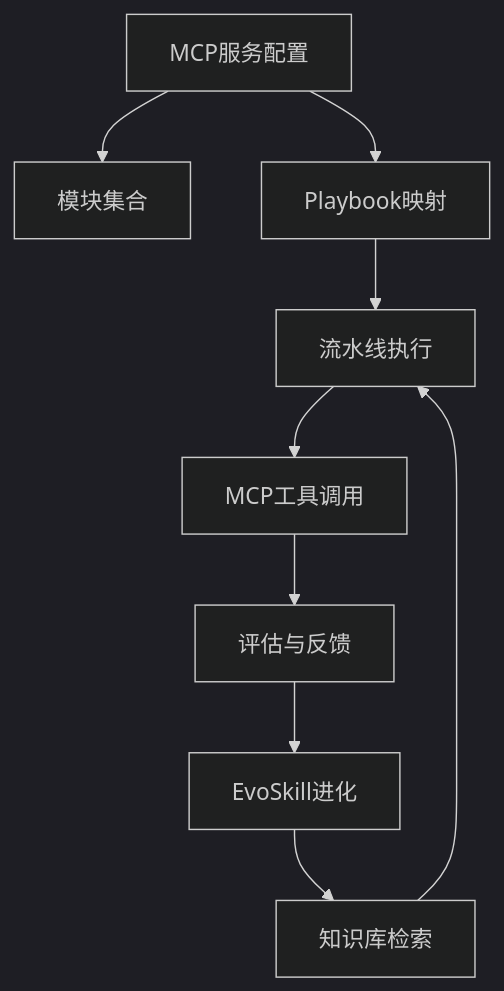
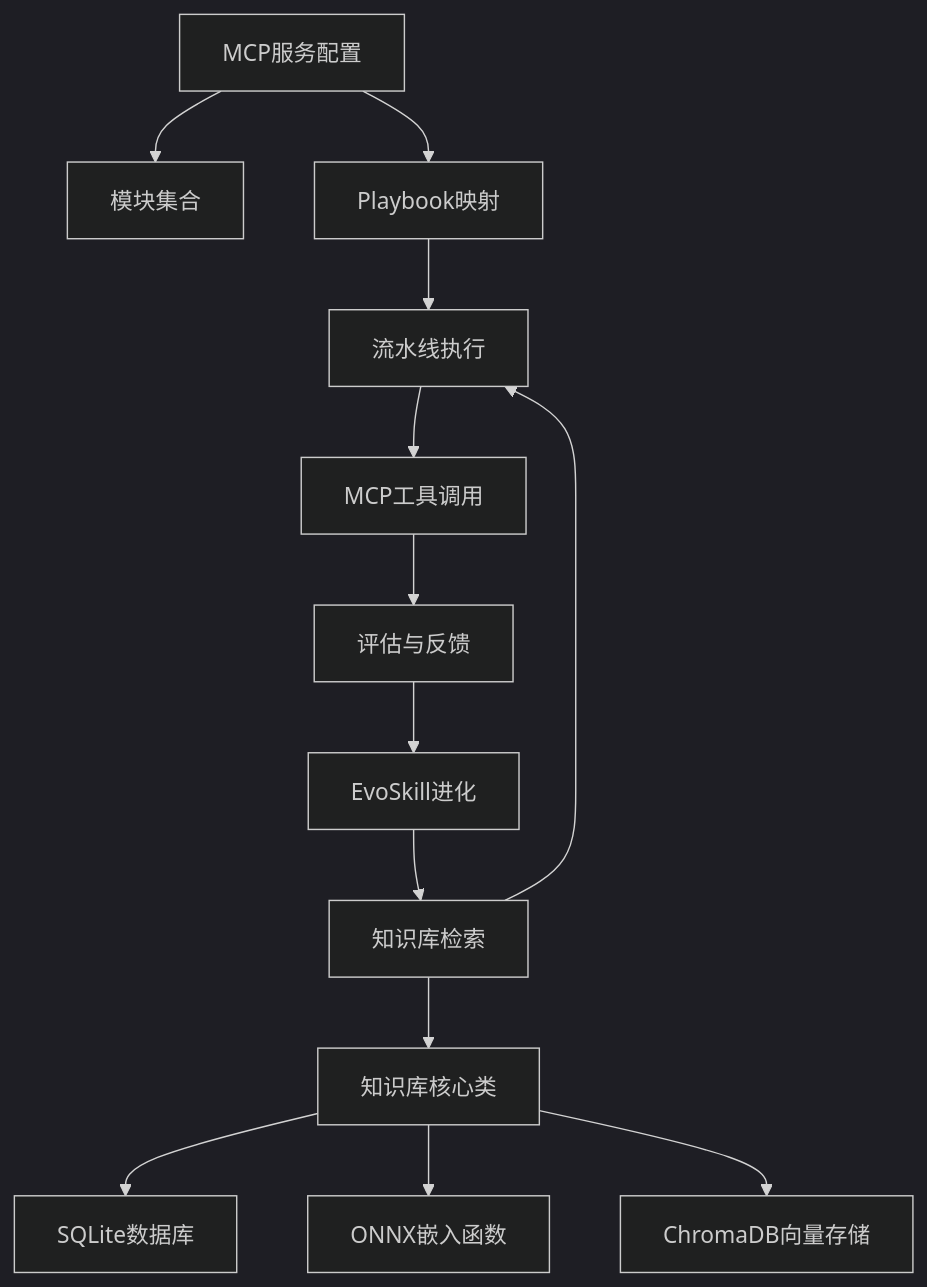
The sixth of 6 diagrams in .qoder/repowiki/zh/content/项目概述/系统架构总览.md (afcartevil/automated-test-script), drawn with Mermaid (dark theme) before and after one commit. The commit also changed other lines of this file and 650 other files, not shown here.

````diff
--- a/.qoder/repowiki/zh/content/项目概述/系统架构总览.md
+++ b/.qoder/repowiki/zh/content/项目概述/系统架构总览.md
@@ -307,11 +401,15 @@
 ```mermaid
 graph TB
 Config["MCP服务配置"] --> Modules["模块集合"]
 Config --> Playbooks["Playbook映射"]
 Playbooks --> Pipelines["流水线执行"]
 Pipelines --> Tools["MCP工具调用"]
 Tools --> Eval["评估与反馈"]
 Eval --> Evo["EvoSkill进化"]
 Evo --> KB["知识库检索"]
 KB --> Pipelines
+KB --> Core["知识库核心类"]
+Core --> SQLite["SQLite数据库"]
+Core --> Embedding["ONNX嵌入函数"]
+Core --> Chroma["ChromaDB向量存储"]
 ```
````
